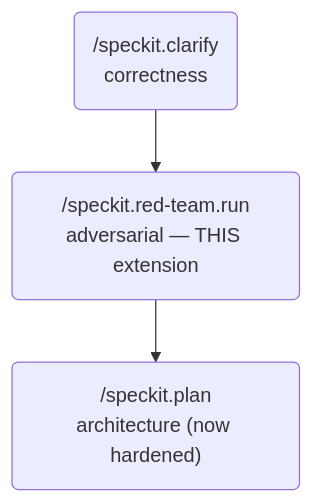
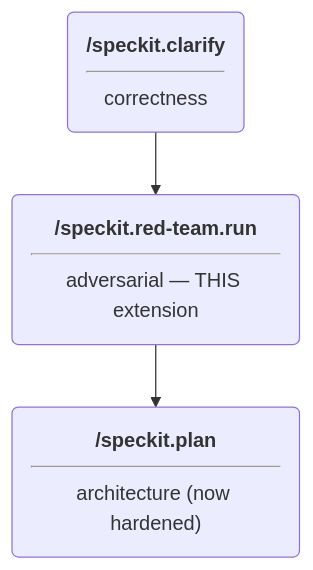
One commit to ashbrener/spec-kit-red-team changed the diagram in README.md. Above: the diagram before and after it, drawn with Mermaid.

Commit message:
docs: give flow diagram nodes a title-bar style (command name above rule, descriptor below)

````diff
--- a/README.md
+++ b/README.md
@@ -28,8 +28,8 @@
 ```mermaid
 flowchart TD
-    A("/speckit.clarify<br>correctness")
-    B("/speckit.red-team.run<br>adversarial — THIS extension")
-    C("/speckit.plan<br>architecture (now hardened)")
+    A("<b>/speckit.clarify</b><hr>correctness")
+    B("<b>/speckit.red-team.run</b><hr>adversarial — THIS extension")
+    C("<b>/speckit.plan</b><hr>architecture (now hardened)")
     A --> B
     B --> C
 ```
````
